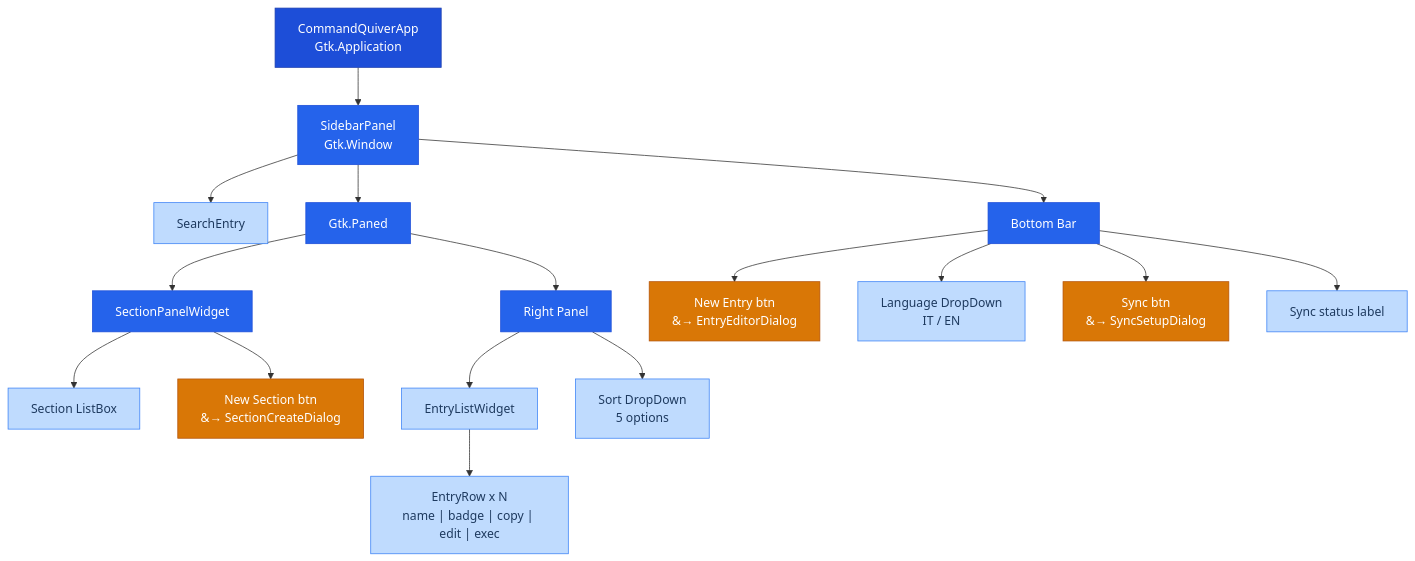
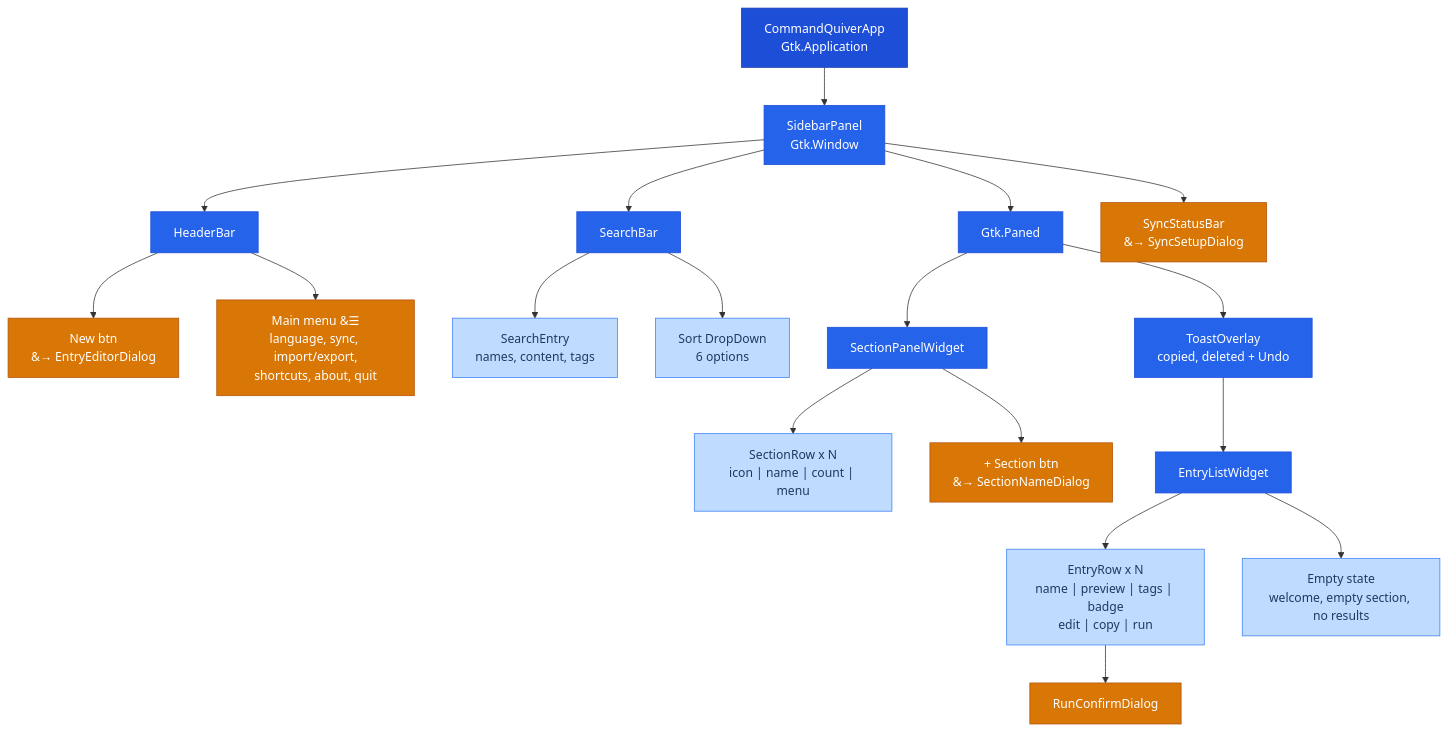
Before and after one commit to AndreaBonn/command-quiver: the sixth of 6 diagrams in docs/ARCHITECTURE.md, drawn with Mermaid. The commit also changed other lines of this file and 16 other files, not shown here.

First line of the commit message:
docs: realign README, architecture and security docs with the reworked UI

````diff
--- a/docs/ARCHITECTURE.md
+++ b/docs/ARCHITECTURE.md
@@ -179,46 +181,50 @@
 ```mermaid
 %%{init: {'theme': 'default'}}%%
 graph TD
   app["CommandQuiverApp<br/>Gtk.Application"]
   sidebar["SidebarPanel<br/>Gtk.Window"]
-  search["SearchEntry"]
+  header["HeaderBar"]
+  new_entry["New btn<br/>&#8594; EntryEditorDialog"]
+  menu["Main menu &#9776;<br/>language, sync, import/export,<br/>shortcuts, about, quit"]
+  search_bar["SearchBar"]
+  search["SearchEntry<br/>names, content, tags"]
+  sort_dd["Sort DropDown<br/>6 options"]
   paned["Gtk.Paned"]
   section_panel["SectionPanelWidget"]
-  section_list["Section ListBox"]
-  new_section["New Section btn<br/>&#8594; SectionCreateDialog"]
-  right_panel["Right Panel"]
+  section_row["SectionRow x N<br/>icon | name | count | menu"]
+  new_section["+ Section btn<br/>&#8594; SectionNameDialog"]
+  toast["ToastOverlay<br/>copied, deleted + Undo"]
   entry_list["EntryListWidget"]
-  entry_row["EntryRow x N<br/>name | badge | copy | edit | exec"]
-  sort_dd["Sort DropDown<br/>5 options"]
-  bottom_bar["Bottom Bar"]
-  new_entry["New Entry btn<br/>&#8594; EntryEditorDialog"]
-  lang_dd["Language DropDown<br/>IT / EN"]
-  sync_btn["Sync btn<br/>&#8594; SyncSetupDialog"]
-  sync_label["Sync status label"]
+  entry_row["EntryRow x N<br/>name | preview | tags | badge<br/>edit | copy | run"]
+  empty["Empty state<br/>welcome, empty section, no results"]
+  run_confirm["RunConfirmDialog"]
+  status_bar["SyncStatusBar<br/>&#8594; SyncSetupDialog"]
 
   app --> sidebar
-  sidebar --> search
+  sidebar --> header
+  sidebar --> search_bar
   sidebar --> paned
-  sidebar --> bottom_bar
+  sidebar --> status_bar
+  header --> new_entry
+  header --> menu
+  search_bar --> search
+  search_bar --> sort_dd
   paned --> section_panel
-  paned --> right_panel
-  section_panel --> section_list
+  paned --> toast
+  section_panel --> section_row
   section_panel --> new_section
-  right_panel --> entry_list
-  right_panel --> sort_dd
+  toast --> entry_list
   entry_list --> entry_row
-  bottom_bar --> new_entry
-  bottom_bar --> lang_dd
-  bottom_bar --> sync_btn
-  bottom_bar --> sync_label
+  entry_list --> empty
+  entry_row --> run_confirm
 
   classDef root fill:#1d4ed8,stroke:#1e40af,color:#fff
   classDef container fill:#2563eb,stroke:#1d4ed8,color:#fff
   classDef leaf fill:#bfdbfe,stroke:#3b82f6,color:#1e3a5f
   classDef action fill:#d97706,stroke:#b45309,color:#fff
 
   class app root
-  class sidebar,paned,section_panel,right_panel,bottom_bar container
-  class search,section_list,entry_list,entry_row,sort_dd,sync_label,lang_dd leaf
-  class new_section,new_entry,sync_btn action
+  class sidebar,header,search_bar,paned,section_panel,toast,entry_list container
+  class search,sort_dd,section_row,entry_row,empty leaf
+  class new_entry,menu,new_section,run_confirm,status_bar action
 ```
````
